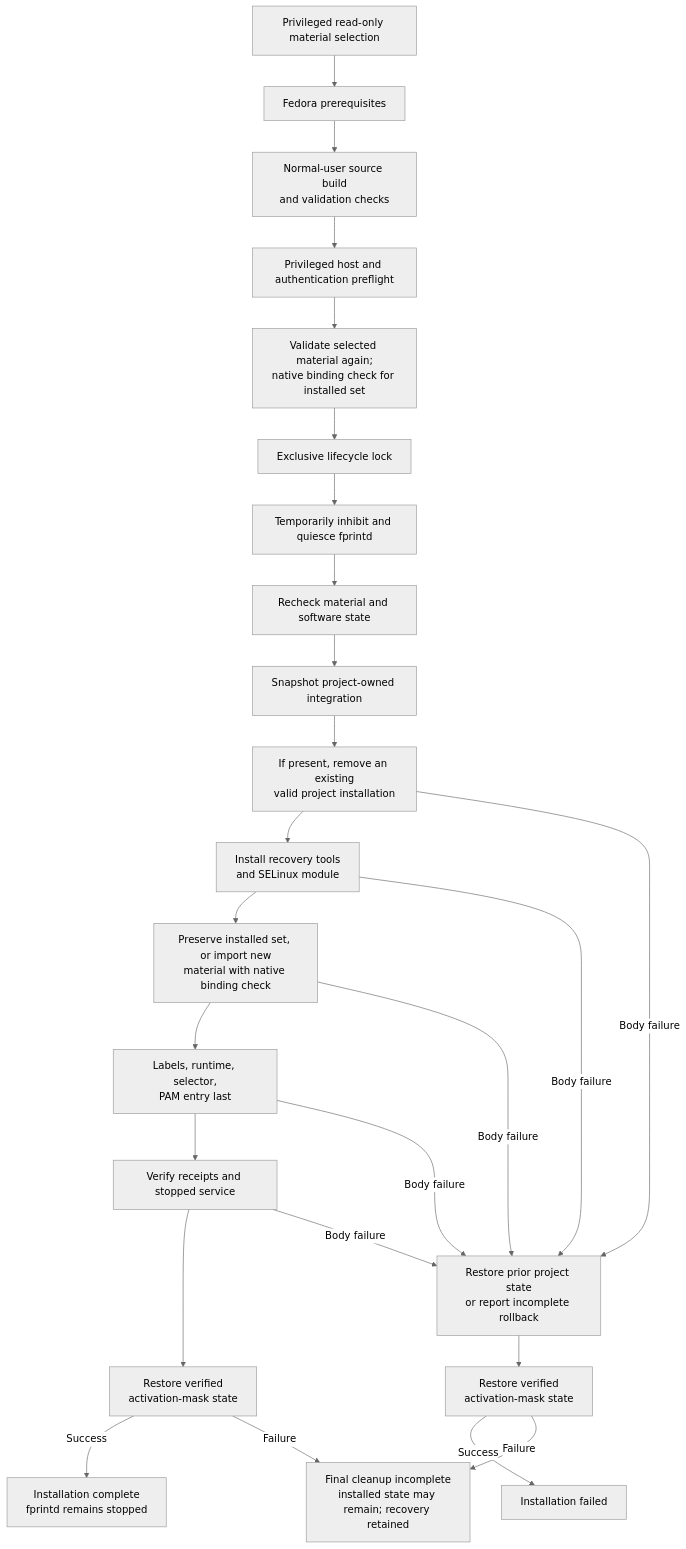
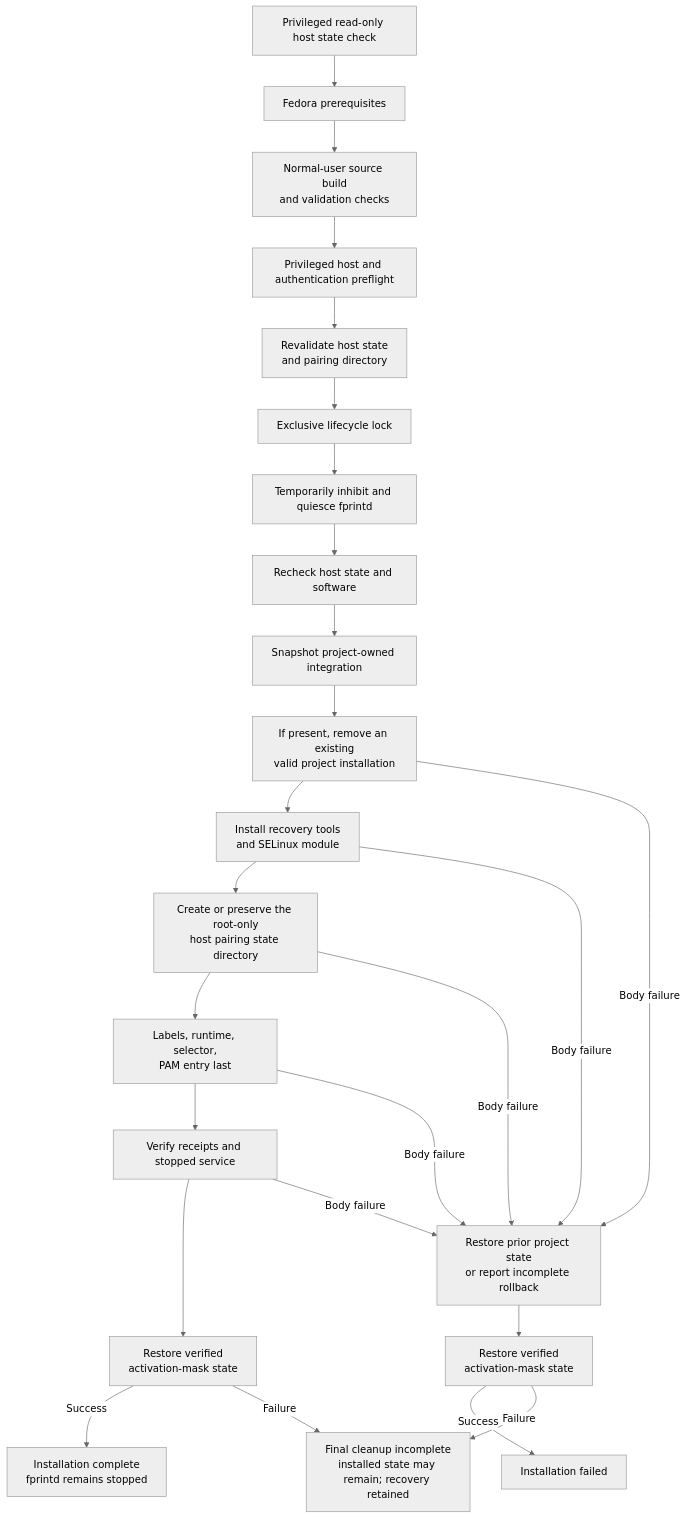
One commit to sorguido/goodix-27c6-5125 changed the sixth of 6 diagrams in TECHNICAL_MANUAL.md. Above: the diagram before and after it, drawn with Mermaid (neutral theme). The commit also changed other lines of this file and 35 other files, not shown here.

````diff
--- a/TECHNICAL_MANUAL.md
+++ b/TECHNICAL_MANUAL.md
@@ -1223,27 +1195,27 @@
 ```mermaid
 flowchart TD
-    Material["Privileged read-only material selection"] --> Packages["Fedora prerequisites"]
+    Material["Privileged read-only host state check"] --> Packages["Fedora prerequisites"]
     Packages --> Build["Normal-user source build<br/>and validation checks"]
     Build --> Preflight["Privileged host and authentication preflight"]
-    Preflight --> Existing["Validate selected material again;<br/>native binding check for installed set"]
+    Preflight --> Existing["Revalidate host state<br/>and pairing directory"]
     Existing --> Lock["Exclusive lifecycle lock"]
     Lock --> Quiet["Temporarily inhibit and quiesce fprintd"]
-    Quiet --> Recheck["Recheck material and software state"]
+    Quiet --> Recheck["Recheck host state and software"]
     Recheck --> Snapshot["Snapshot project-owned integration"]
     Snapshot --> Replace["If present, remove an existing<br/>valid project installation"]
     Replace --> Recovery["Install recovery tools<br/>and SELinux module"]
-    Recovery --> Native["Preserve installed set, or import new<br/>material with native binding check"]
+    Recovery --> Native["Create or preserve the root-only<br/>host pairing state directory"]
     Native --> Deploy["Labels, runtime, selector,<br/>PAM entry last"]
     Deploy --> Verify["Verify receipts and stopped service"]
     Verify --> ReleaseSuccess["Restore verified<br/>activation-mask state"]
     ReleaseSuccess -- Success --> Done["Installation complete<br/>fprintd remains stopped"]
     ReleaseSuccess -- Failure --> Cleanup["Final cleanup incomplete<br/>installed state may remain; recovery retained"]
     Replace -- Body failure --> Rollback["Restore prior project state<br/>or report incomplete rollback"]
     Recovery -- Body failure --> Rollback
     Native -- Body failure --> Rollback
     Deploy -- Body failure --> Rollback
     Verify -- Body failure --> Rollback
     Rollback --> ReleaseFailure["Restore verified<br/>activation-mask state"]
     ReleaseFailure -- Success --> Failed["Installation failed"]
     ReleaseFailure -- Failure --> Cleanup
 ```
````
